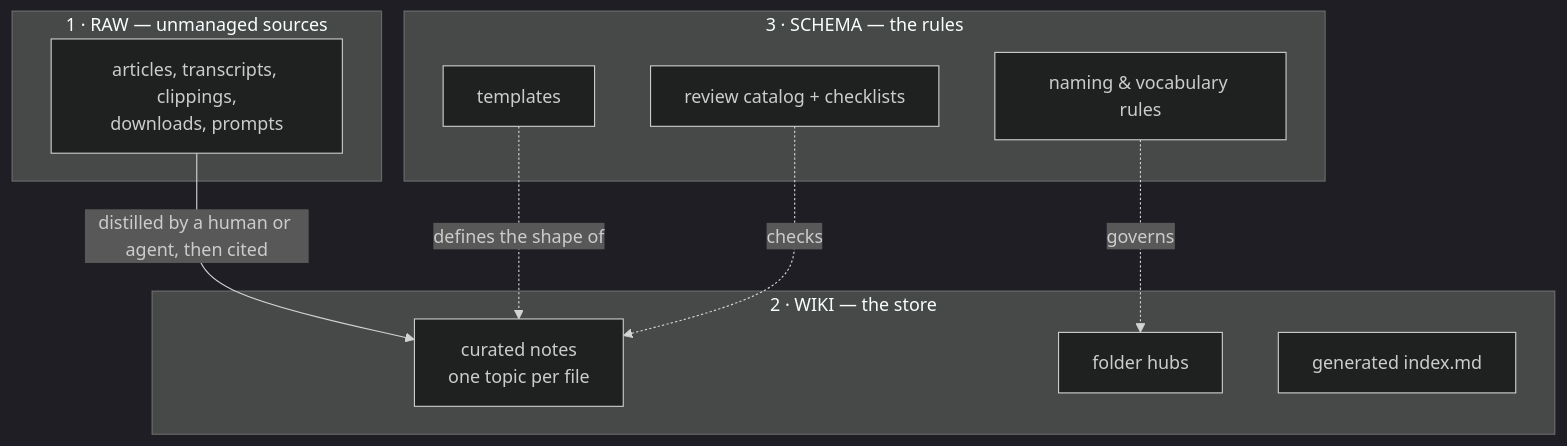
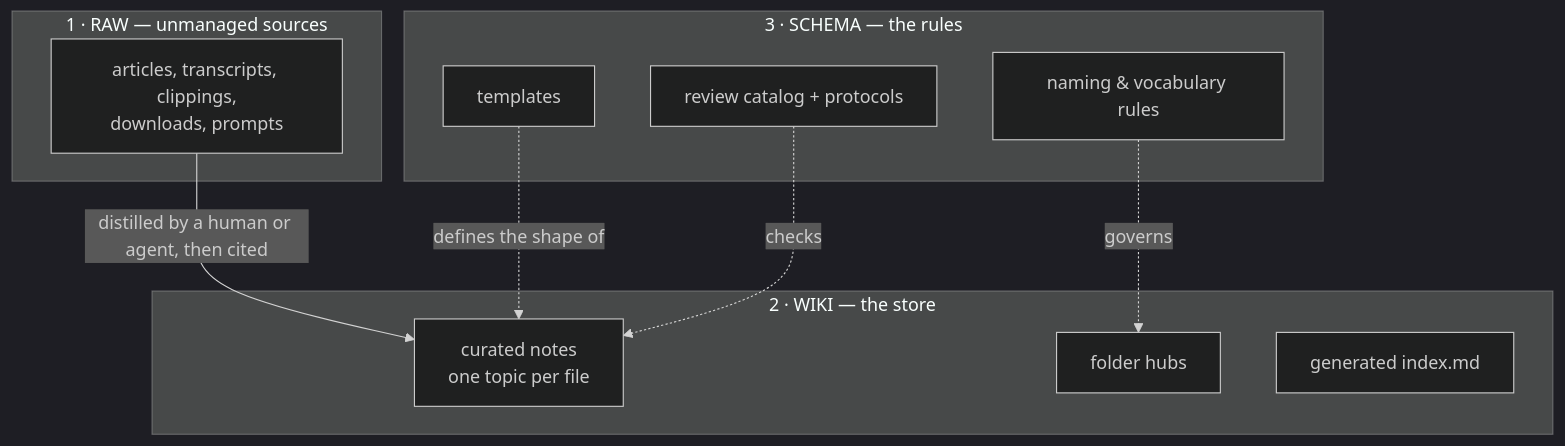
One commit to DaveR-ui/DocumentationAsAService changed the diagram in guidelines/01-structure.md. Above: the diagram before and after it, drawn with Mermaid (dark theme). The commit also changed other lines of this file and 19 other files, not shown here.

````diff
--- a/guidelines/01-structure.md
+++ b/guidelines/01-structure.md
@@ -27,20 +27,20 @@
 ```mermaid
 flowchart TB
     subgraph RAW[1 · RAW — unmanaged sources]
         R1[articles, transcripts, clippings,<br/>downloads, prompts]
     end
     subgraph WIKI[2 · WIKI — the store]
         wiki1[curated notes<br/>one topic per file]
         wiki2[folder hubs]
         wiki3[generated index.md]
     end
     subgraph SCHEMA[3 · SCHEMA — the rules]
         S1[templates]
-        S2[review catalog + checklists]
+        S2[review catalog + protocols]
         S3[naming & vocabulary rules]
     end
     R1 -->|distilled by a human or agent, then cited| wiki1
     S1 -.defines the shape of.-> wiki1
     S2 -.checks.-> wiki1
     S3 -.governs.-> wiki2
 ```
````
